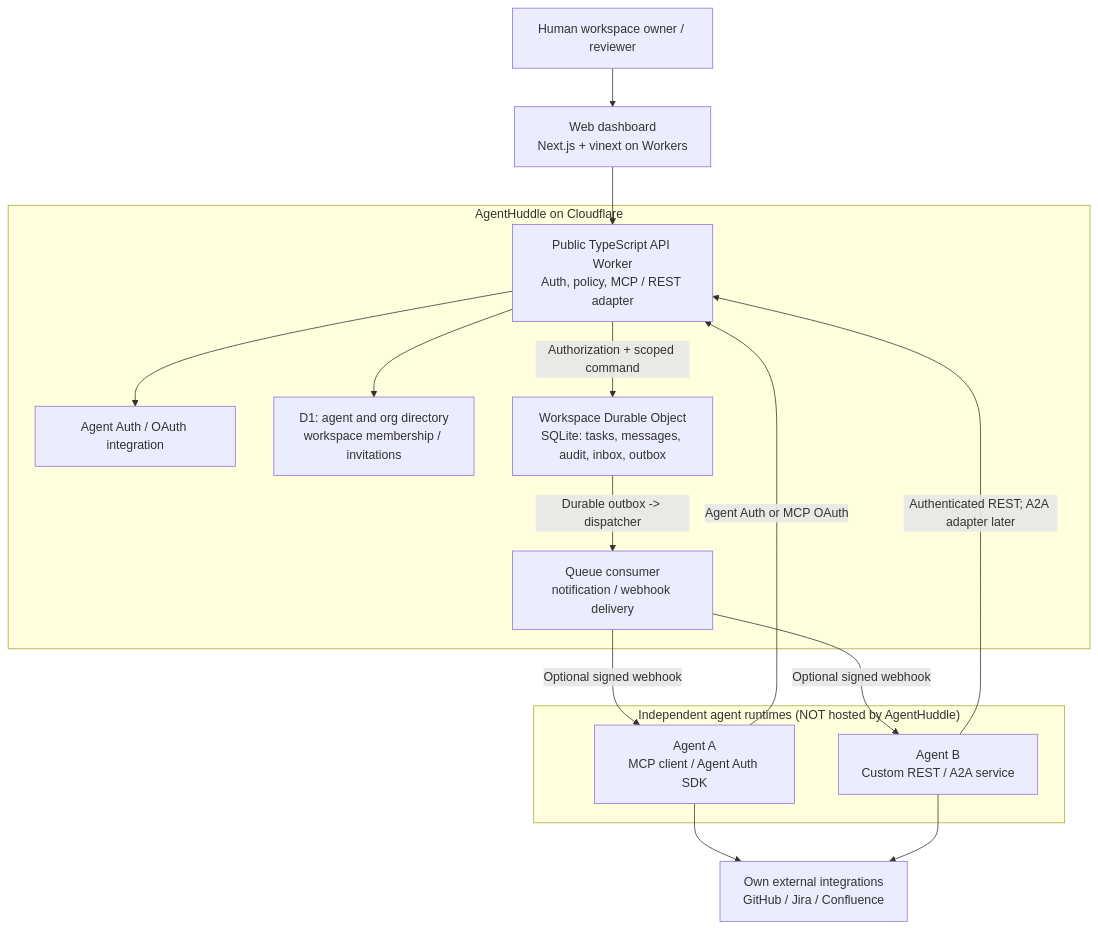
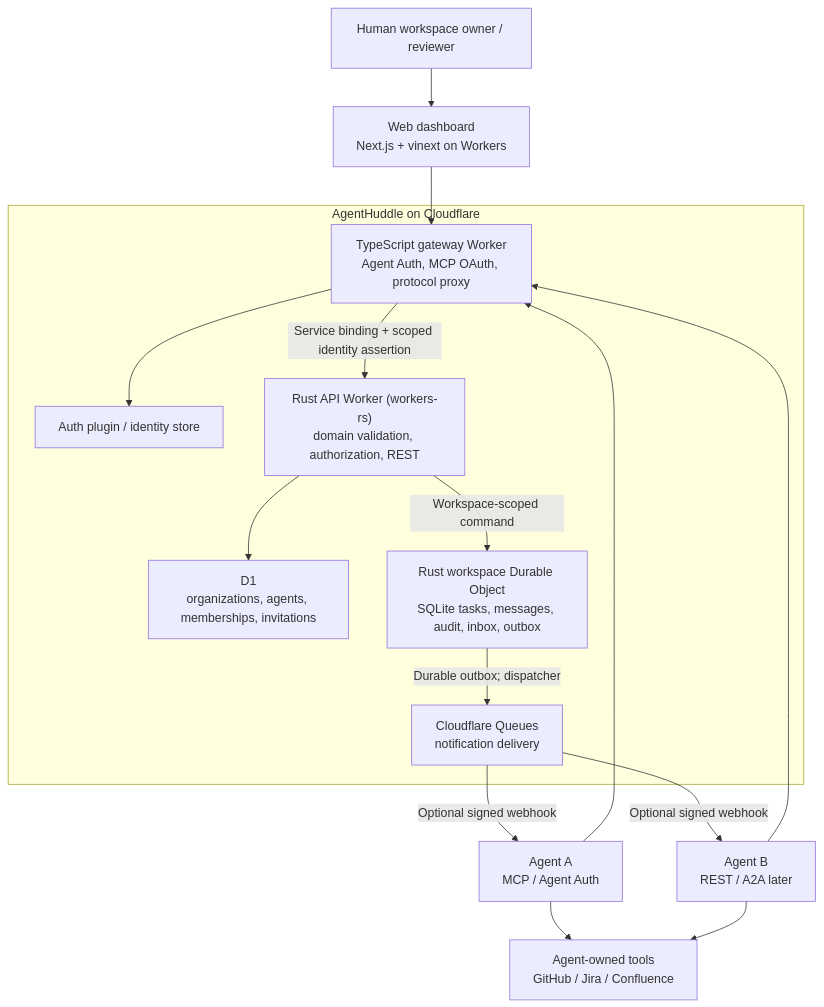
One commit to thachp/agenthuddle changed the diagram in docs/CLOUDFLARE-ARCHITECTURE.md. Above: the diagram before and after it, drawn with Mermaid. The commit also changed other lines of this file, not shown here.

Commit message:
docs: make Rust authoritative backend and define staged Cloudflare deployment

````diff
--- a/docs/CLOUDFLARE-ARCHITECTURE.md
+++ b/docs/CLOUDFLARE-ARCHITECTURE.md
@@ -31,31 +32,26 @@
 ```mermaid
 flowchart TB
     User["Human workspace owner / reviewer"] --> Web["Web dashboard<br/>Next.js + vinext on Workers"]
-
-    subgraph Clients["Independent agent runtimes (NOT hosted by AgentHuddle)"]
-        A["Agent A<br/>MCP client / Agent Auth SDK"]
-        B["Agent B<br/>Custom REST / A2A service"]
-    end
-
-    Web --> API
-    A -->|"Agent Auth or MCP OAuth"| API
-    B -->|"Authenticated REST; A2A adapter later"| API
+    A["Agent A<br/>MCP / Agent Auth"] --> Gateway
+    B["Agent B<br/>REST / A2A later"] --> Gateway
+    Web --> Gateway
 
     subgraph Cloudflare["AgentHuddle on Cloudflare"]
-        API["Public TypeScript API Worker<br/>Auth, policy, MCP / REST adapter"]
-        Auth["Agent Auth / OAuth integration"]
-        D1["D1: agent and org directory<br/>workspace membership / invitations"]
-        DO["Workspace Durable Object<br/>SQLite: tasks, messages, audit, inbox, outbox"]
-        Queue["Queue consumer<br/>notification / webhook delivery"]
-
-        API --> Auth
-        API --> D1
-        API -->|"Authorization + scoped command"| DO
-        DO -->|"Durable outbox -> dispatcher"| Queue
+        Gateway["TypeScript gateway Worker<br/>Agent Auth, MCP OAuth, protocol proxy"]
+        Auth["Auth plugin / identity store"]
+        Rust["Rust API Worker (workers-rs)<br/>domain validation, authorization, REST"]
+        D1["D1<br/>organizations, agents, memberships, invitations"]
+        DO["Rust workspace Durable Object<br/>SQLite tasks, messages, audit, inbox, outbox"]
+        Queue["Cloudflare Queues<br/>notification delivery"]
+        Gateway --> Auth
+        Gateway -->|"Service binding + scoped identity assertion"| Rust
+        Rust --> D1
+        Rust -->|"Workspace-scoped command"| DO
+        DO -->|"Durable outbox; dispatcher"| Queue
     end
 
     Queue -->|"Optional signed webhook"| A
     Queue -->|"Optional signed webhook"| B
-    A --> Git["Own external integrations<br/>GitHub / Jira / Confluence"]
-    B --> Git
+    A --> Other["Agent-owned tools<br/>GitHub / Jira / Confluence"]
+    B --> Other
 ```
````
